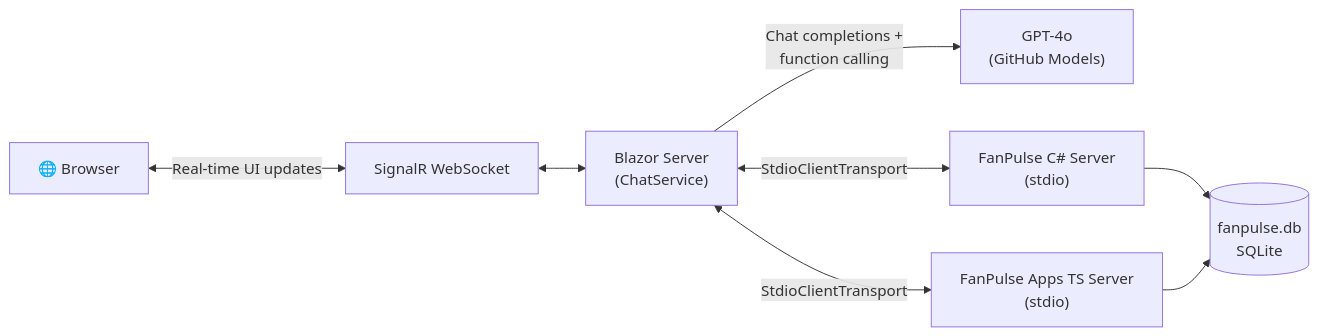
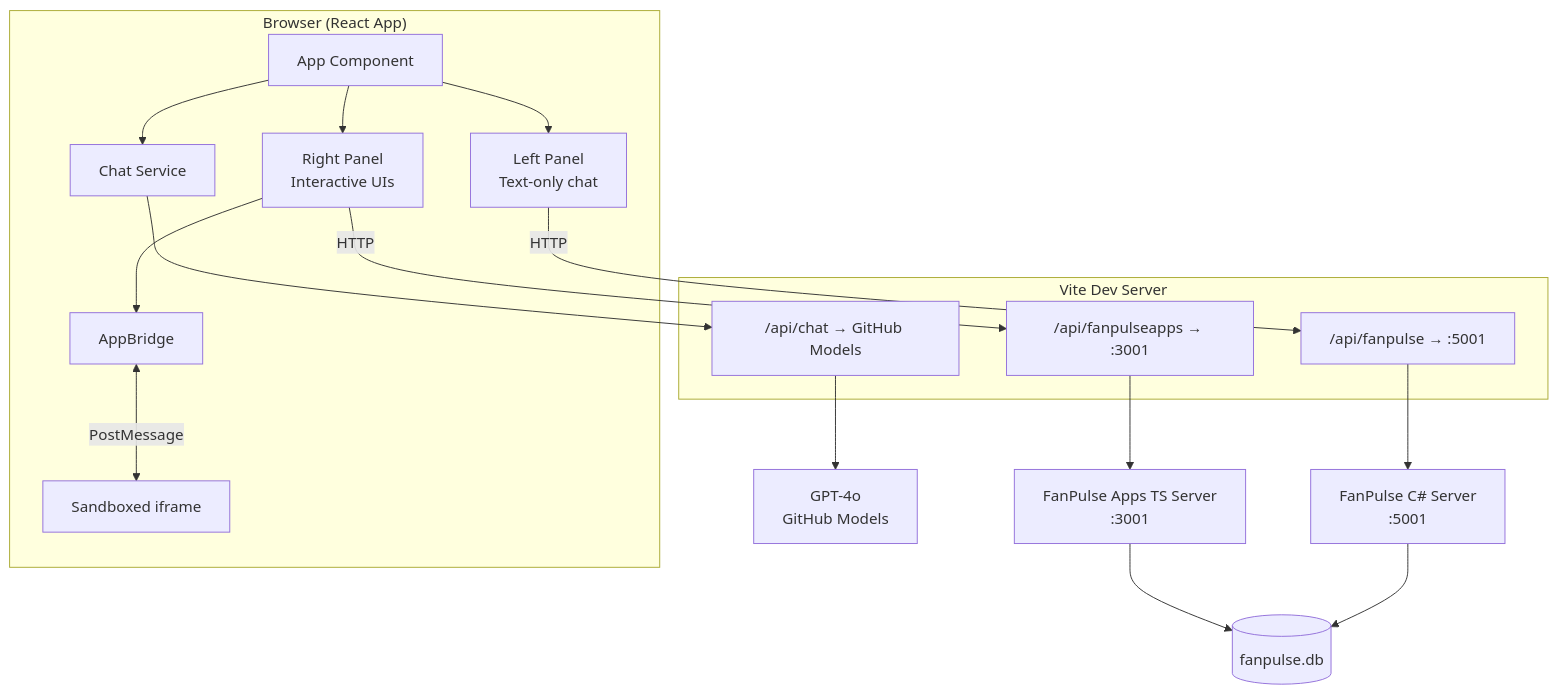
The diagram in FanPulseDashboard/README.md (VeryKross/MCP-App_Sample), drawn with Mermaid before and after one commit. The commit also changed other lines of this file and 47 other files, not shown here.

First line of the commit message:
Replace Blazor dashboard with React + AppBridge implementation

````diff
--- a/FanPulseDashboard/README.md
+++ b/FanPulseDashboard/README.md
@@ -9,18 +9,34 @@
 ```mermaid
-graph LR
-    Browser["🌐 Browser"]
-    SignalR["SignalR WebSocket"]
-    Blazor["Blazor Server<br/>(ChatService)"]
-    LLM["GPT-4o<br/>(GitHub Models)"]
-    CS["FanPulse C# Server<br/>(stdio)"]
-    TS["FanPulse Apps TS Server<br/>(stdio)"]
-    DB[("fanpulse.db<br/>SQLite")]
-
-    Browser <-->|"Real-time UI updates"| SignalR
-    SignalR <--> Blazor
-    Blazor -->|"Chat completions +<br/>function calling"| LLM
-    Blazor <-->|"StdioClientTransport"| CS
-    Blazor <-->|"StdioClientTransport"| TS
-    CS --> DB
-    TS --> DB
+graph TB
+    subgraph Browser["Browser (React App)"]
+        App["App Component"]
+        LP["Left Panel<br/>Text-only chat"]
+        RP["Right Panel<br/>Interactive UIs"]
+        AB["AppBridge"]
+        IF["Sandboxed iframe"]
+        CS["Chat Service"]
+        
+        App --> LP
+        App --> RP
+        RP --> AB
+        AB <-->|PostMessage| IF
+        App --> CS
+    end
+    
+    subgraph Proxy["Vite Dev Server"]
+        LLM_P["/api/chat → GitHub Models"]
+        FP_P["/api/fanpulse → :5001"]
+        FA_P["/api/fanpulseapps → :3001"]
+    end
+    
+    CS --> LLM_P
+    LP -->|HTTP| FP_P
+    RP -->|HTTP| FA_P
+    
+    FP_P --> FPS["FanPulse C# Server<br/>:5001"]
+    FA_P --> FAS["FanPulse Apps TS Server<br/>:3001"]
+    LLM_P --> GPT["GPT-4o<br/>GitHub Models"]
+    
+    FPS --> DB[("fanpulse.db")]
+    FAS --> DB
 ```
````
